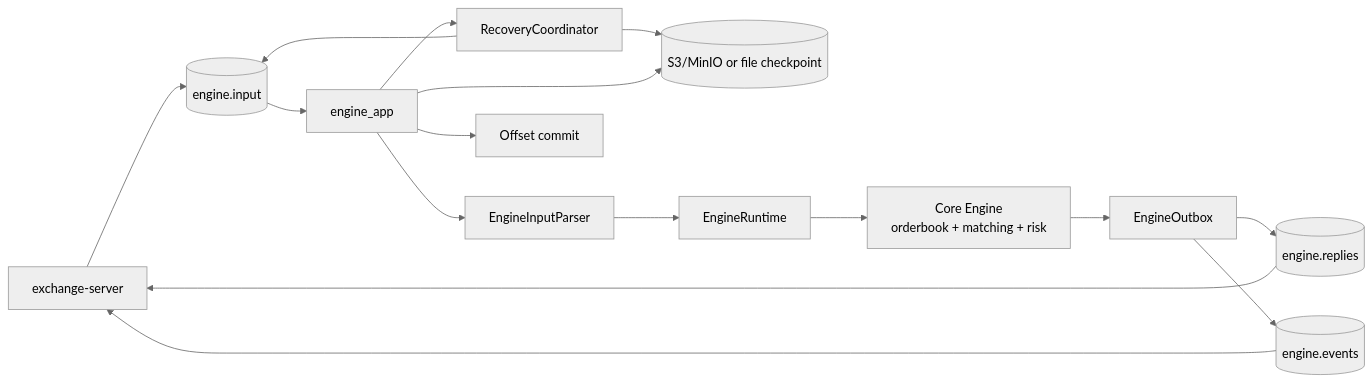
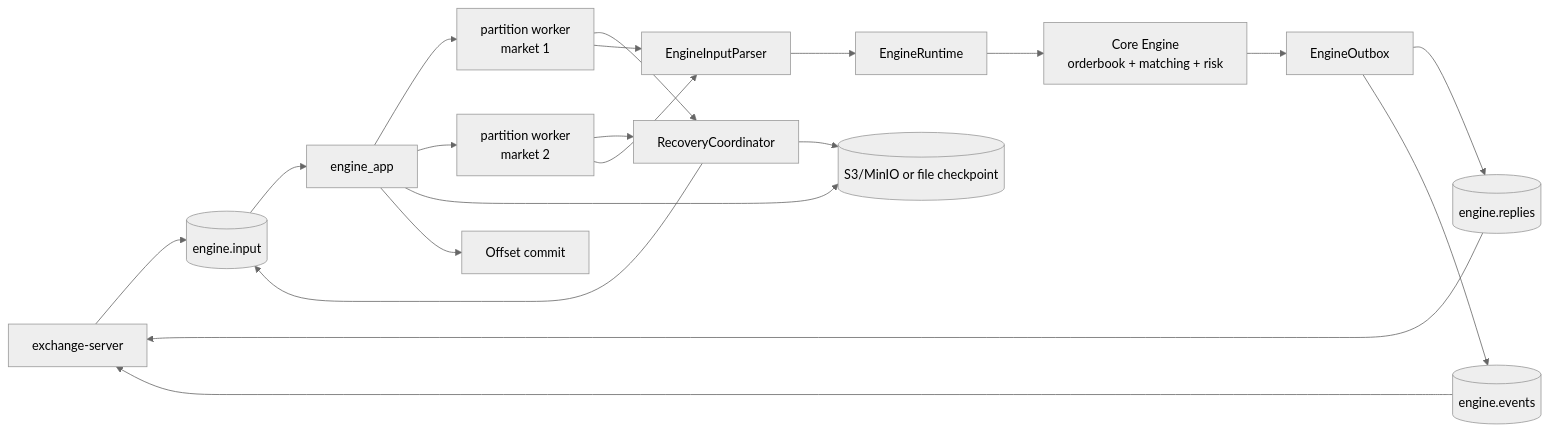
The first of 2 diagrams in README.md (whoisasx/exchange-engine), drawn with Mermaid (neutral theme) before and after one commit. The commit also changed other lines of this file and 21 other files, not shown here.

````diff
--- a/README.md
+++ b/README.md
@@ -55,22 +55,26 @@
 ```mermaid
 flowchart LR
     exchange[exchange-server] --> input[(engine.input)]
     input --> app[engine_app]
+    app --> workerA[partition worker<br/>market 1]
+    app --> workerB[partition worker<br/>market 2]
 
-    app --> recovery[RecoveryCoordinator]
+    workerA --> recovery[RecoveryCoordinator]
+    workerB --> recovery
     recovery --> checkpoint[(S3/MinIO or file checkpoint)]
     recovery --> input
 
-    app --> parser[EngineInputParser]
+    workerA --> parser[EngineInputParser]
+    workerB --> parser
     parser --> runtime[EngineRuntime]
     runtime --> core[Core Engine<br/>orderbook + matching + risk]
     core --> outbox[EngineOutbox]
 
     outbox --> replies[(engine.replies)]
     outbox --> events[(engine.events)]
     app --> checkpoint
     app --> commit[Offset commit]
 
     replies --> exchange
     events --> exchange
 ```
````
